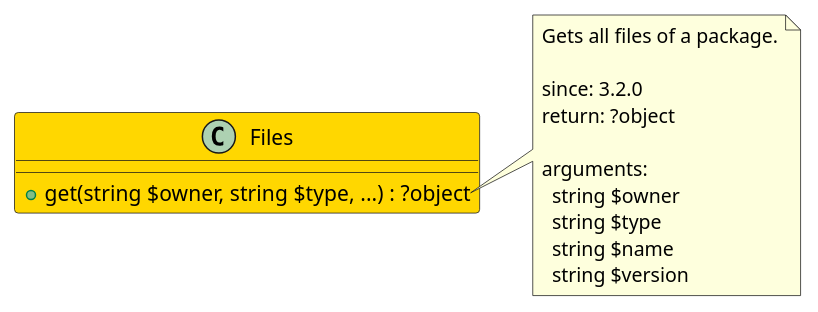
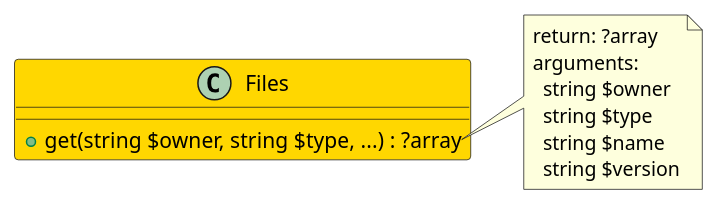
One commit to joomengine/gitea changed the diagram in src/4a54c21f-ac3a-4489-b507-636835541a67/README.md. Above: the diagram before and after it, drawn with PlantUML. The commit also changed other lines of this file and 370 other files, not shown here.

````diff
--- a/src/4a54c21f-ac3a-4489-b507-636835541a67/README.md
+++ b/src/4a54c21f-ac3a-4489-b507-636835541a67/README.md
@@ -6,22 +6,18 @@
 ```uml
 @startuml
 
-class Files  #Gold {
-  + get(string $owner, string $type, ...) : ?object
+class Files #Gold {
+  + get(string $owner, string $type, ...) : ?array
 }
 
 note right of Files::get
-  Gets all files of a package.
-
-  since: 3.2.0
-  return: ?object
-  
+  return: ?array
   arguments:
     string $owner
     string $type
     string $name
     string $version
 end note
 
 @enduml
 ```
````
